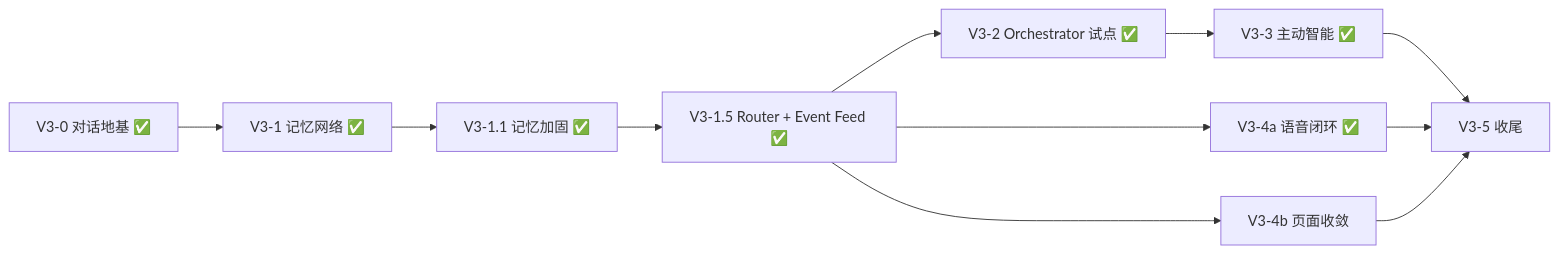
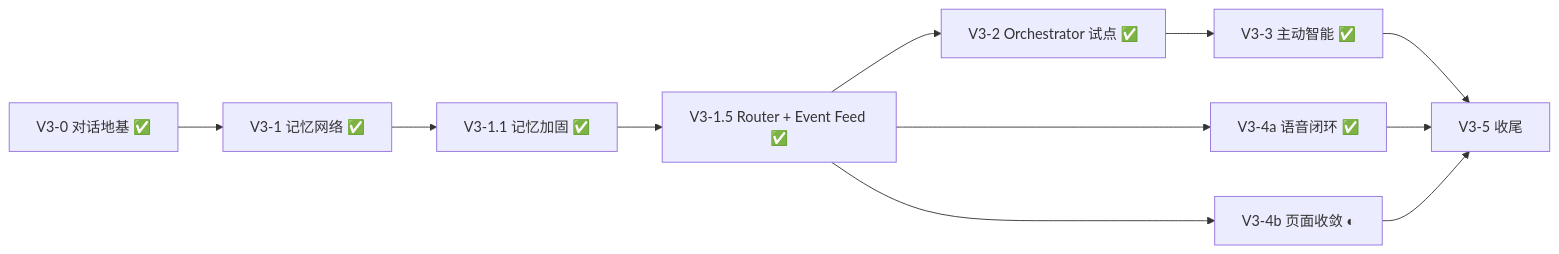
The second of 2 diagrams in docs/JARVIS_OS_V3_PLAN.md (Lyb-L-dev/jarvis-os), drawn with Mermaid before and after one commit. The commit also changed other lines of this file and 15 other files, not shown here.

````diff
--- a/docs/JARVIS_OS_V3_PLAN.md
+++ b/docs/JARVIS_OS_V3_PLAN.md
@@ -299,13 +313,13 @@
 ```mermaid
 flowchart LR
     A["V3-0 对话地基 ✅"] --> B["V3-1 记忆网络 ✅"]
     B --> C["V3-1.1 记忆加固 ✅"]
     C --> D["V3-1.5 Router + Event Feed ✅"]
     D --> E["V3-2 Orchestrator 试点 ✅"]
     E --> F["V3-3 主动智能 ✅"]
     D --> G["V3-4a 语音闭环 ✅"]
-    D --> H["V3-4b 页面收敛"]
+    D --> H["V3-4b 页面收敛 ◐"]
     F --> I["V3-5 收尾"]
     G --> I
     H --> I
 ```
````
